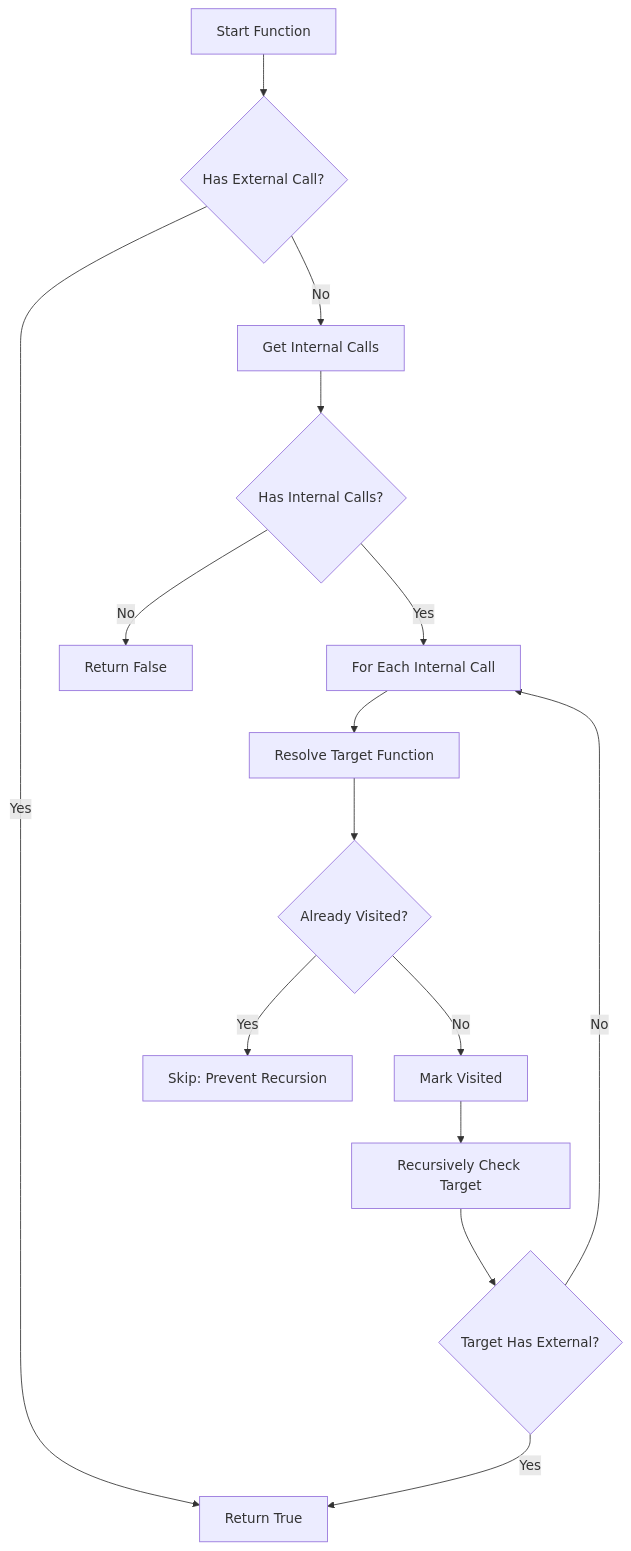
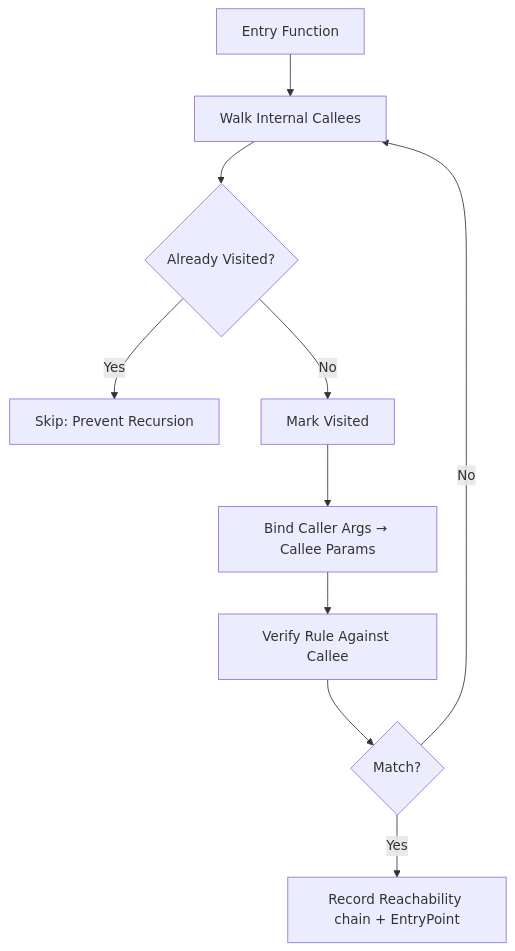
Before and after one commit to th13vn/w3goaudit: the eighth of 8 diagrams in docs/workflows.md, drawn with Mermaid. The commit also changed other lines of this file and 374 other files, not shown here.

````diff
--- a/docs/workflows.md
+++ b/docs/workflows.md
@@ -378,17 +442,12 @@
 ```mermaid
 graph TD
-    A[Start Function] --> B{Has External Call?}
-    B -->|Yes| C[Return True]
-    B -->|No| D[Get Internal Calls]
-    D --> E{Has Internal Calls?}
-    E -->|No| F[Return False]
-    E -->|Yes| G[For Each Internal Call]
-    G --> H[Resolve Target Function]
-    H --> I{Already Visited?}
-    I -->|Yes| J[Skip: Prevent Recursion]
-    I -->|No| K[Mark Visited]
-    K --> L[Recursively Check Target]
-    L --> M{Target Has External?}
-    M -->|Yes| C
-    M -->|No| G
+    A[Entry Function] --> B[Walk Internal Callees]
+    B --> C{Already Visited?}
+    C -->|Yes| D[Skip: Prevent Recursion]
+    C -->|No| E[Mark Visited]
+    E --> F[Bind Caller Args → Callee Params]
+    F --> G[Verify Rule Against Callee]
+    G --> H{Match?}
+    H -->|Yes| I[Record Reachability chain + EntryPoint]
+    H -->|No| B
 ```
````
